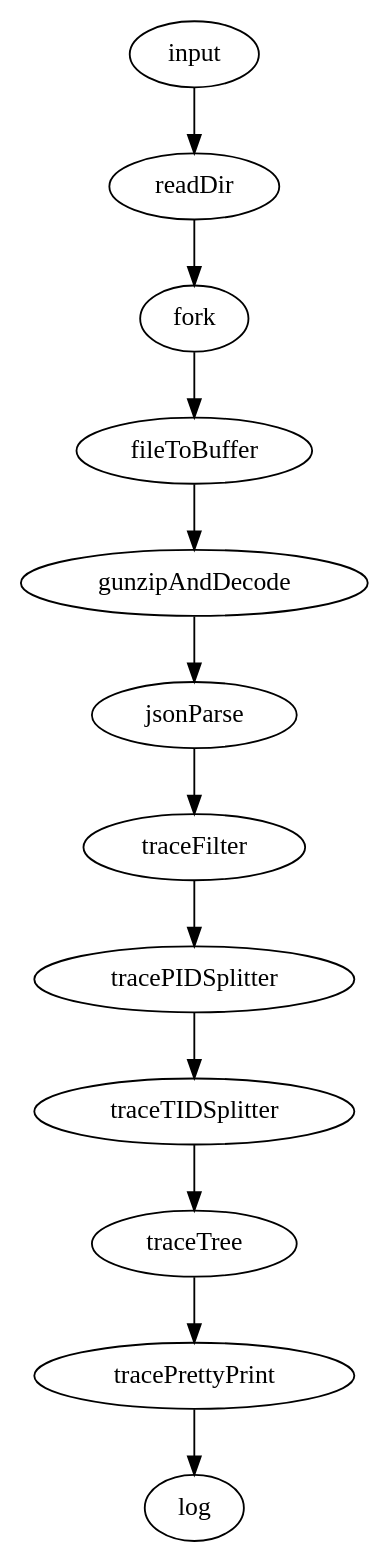
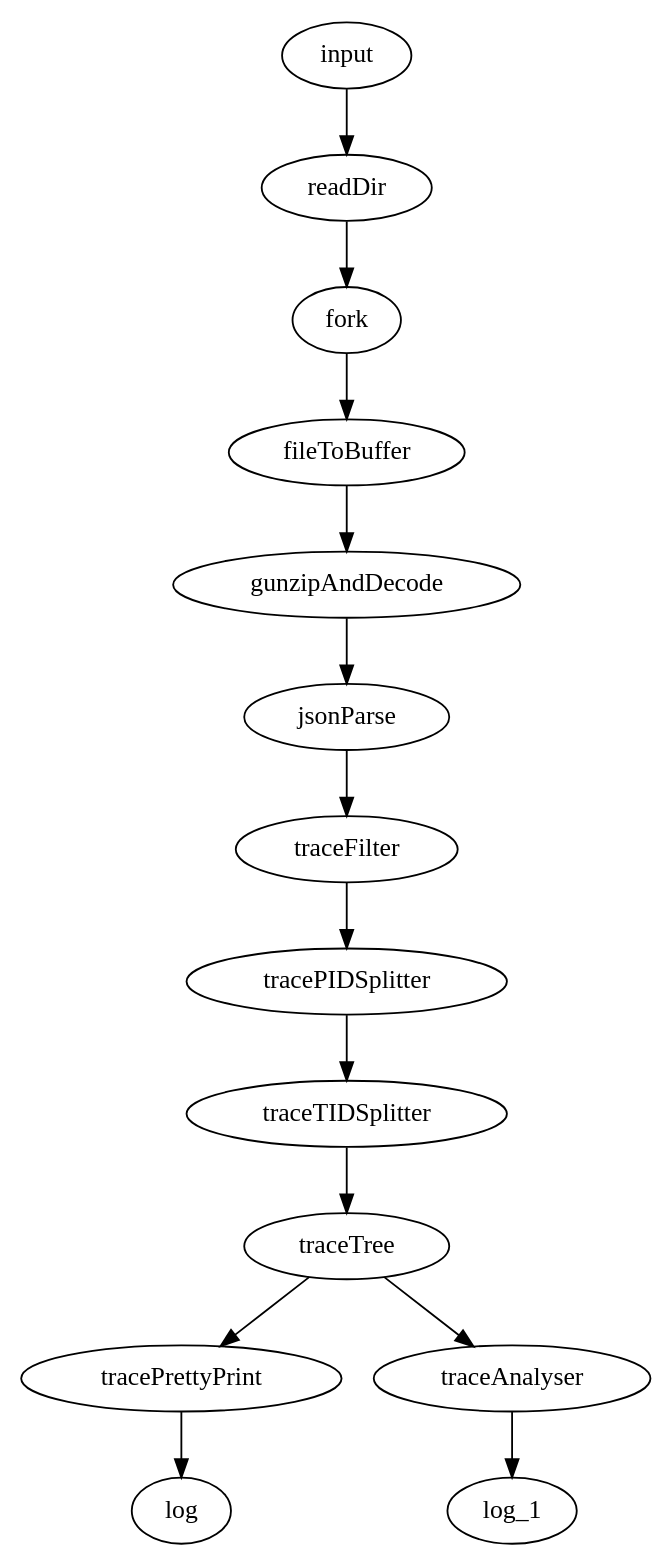
The diagram in trace.dot (googlearchive/erlnmyr), drawn with Graphviz before and after one commit. The commit also changed 1 other file, not shown here.

```diff
--- a/trace.dot
+++ b/trace.dot
@@ -1,18 +1,20 @@
 digraph trace {
 
   imports="['trace-phases']"
 
     fileToBuffer -> gunzipAndDecode -> jsonParse;
     jsonParse -> traceFilter -> tracePIDSplitter -> traceTIDSplitter -> traceTree;
     traceTree -> tracePrettyPrint -> log;
+    traceTree -> traceAnalyser -> log_1;
 
     color=blue;
     strategy=pipeline;
 
   input [data="traces"]
   input -> readDir -> fork -> fileToBuffer;
 
   log [tags="['filename']"]
+  log_1 [tags="['eventName']"]
   traceFilter [traceEvents="['Document::updateStyle','V8.Execute','CSSParserImpl::parseStyleSheet']"];
   tracePrettyPrint [showTrace="false"];
 }
```
